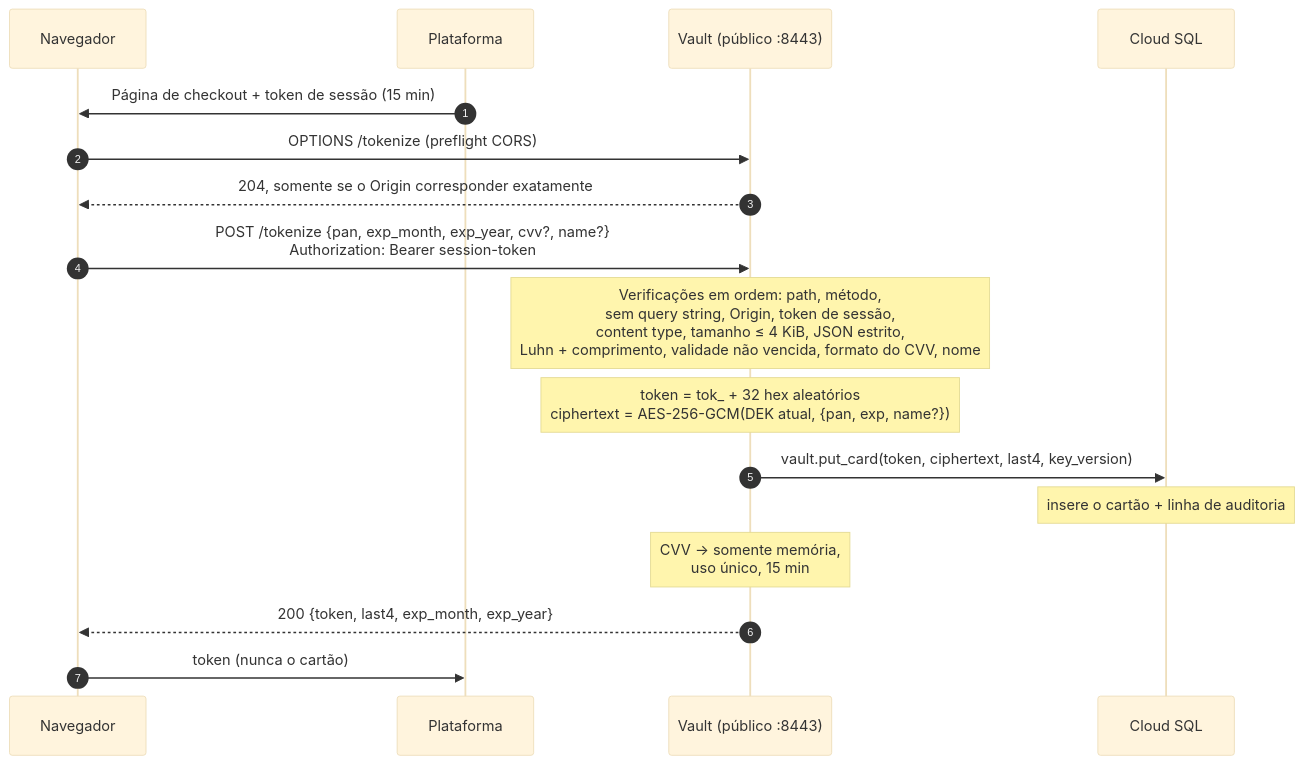
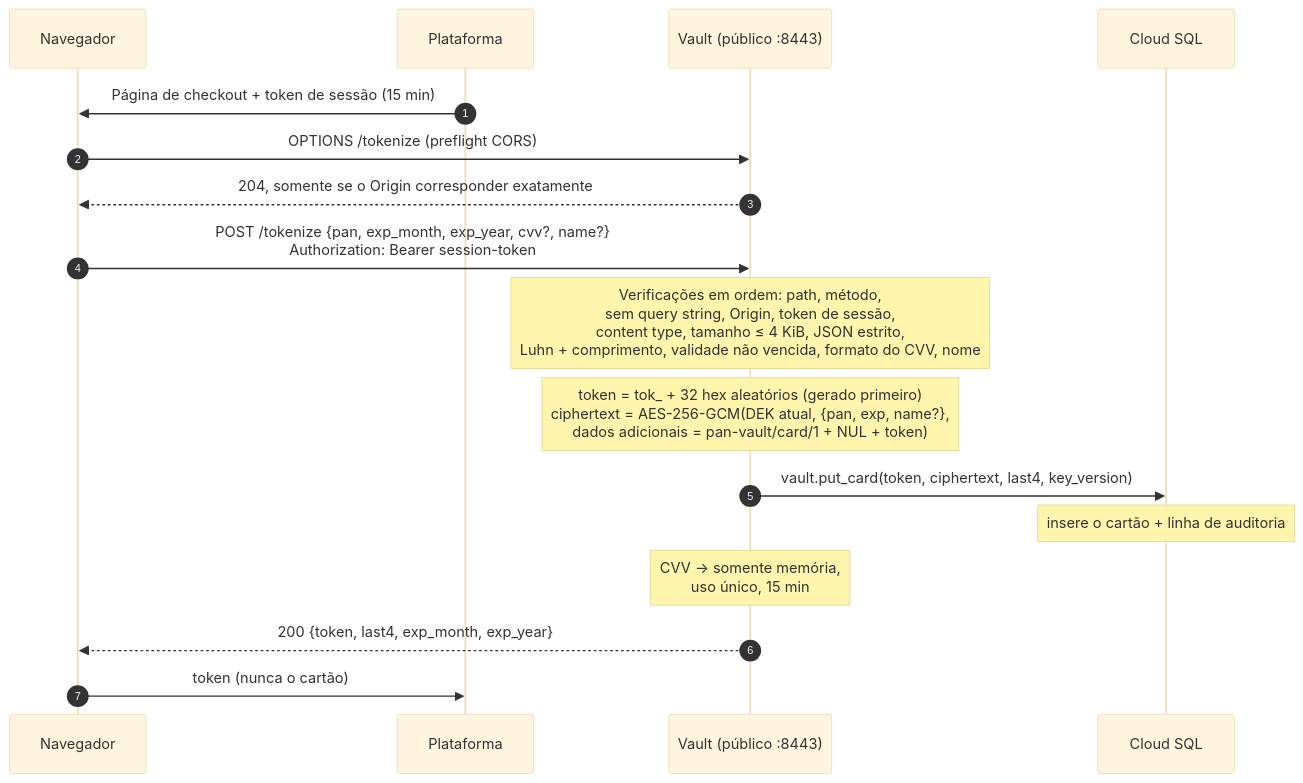
The fifth of 11 diagrams in README.pt-BR.md (camcima/tokenizer), drawn with Mermaid (base theme) before and after one commit. The commit also changed other lines of this file and 12 other files, not shown here.

````diff
--- a/README.pt-BR.md
+++ b/README.pt-BR.md
@@ -290,20 +292,20 @@
 ```mermaid
 sequenceDiagram
     autonumber
     participant B as Navegador
     participant P as Plataforma
     participant V as Vault (público :8443)
     participant DB as Cloud SQL
 
     P->>B: Página de checkout + token de sessão (15 min)
     B->>V: OPTIONS /tokenize (preflight CORS)
     V-->>B: 204, somente se o Origin corresponder exatamente
     B->>V: POST /tokenize {pan, exp_month, exp_year, cvv?, name?}<br/>Authorization: Bearer session-token
     Note over V: Verificações em ordem: path, método,<br/>sem query string, Origin, token de sessão,<br/>content type, tamanho ≤ 4 KiB, JSON estrito,<br/>Luhn + comprimento, validade não vencida, formato do CVV, nome
-    Note over V: token = tok_ + 32 hex aleatórios<br/>ciphertext = AES-256-GCM(DEK atual, {pan, exp, name?})
+    Note over V: token = tok_ + 32 hex aleatórios (gerado primeiro)<br/>ciphertext = AES-256-GCM(DEK atual, {pan, exp, name?},<br/>dados adicionais = pan-vault/card/1 + NUL + token)
     V->>DB: vault.put_card(token, ciphertext, last4, key_version)
     Note over DB: insere o cartão + linha de auditoria
     Note over V: CVV → somente memória,<br/>uso único, 15 min
     V-->>B: 200 {token, last4, exp_month, exp_year}
     B->>P: token (nunca o cartão)
 ```
````
